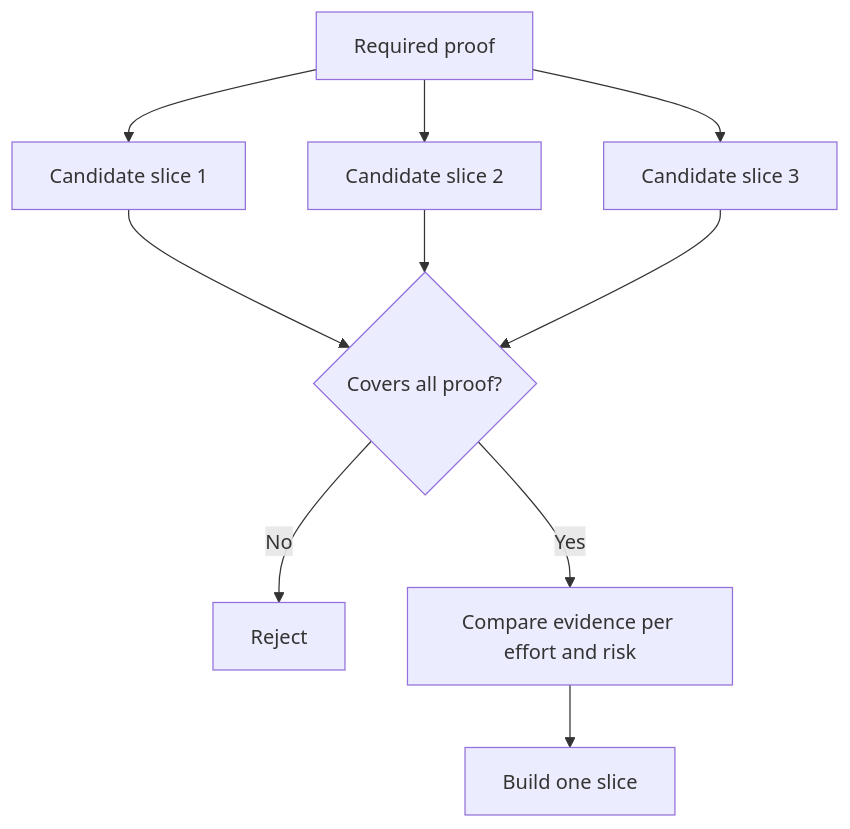
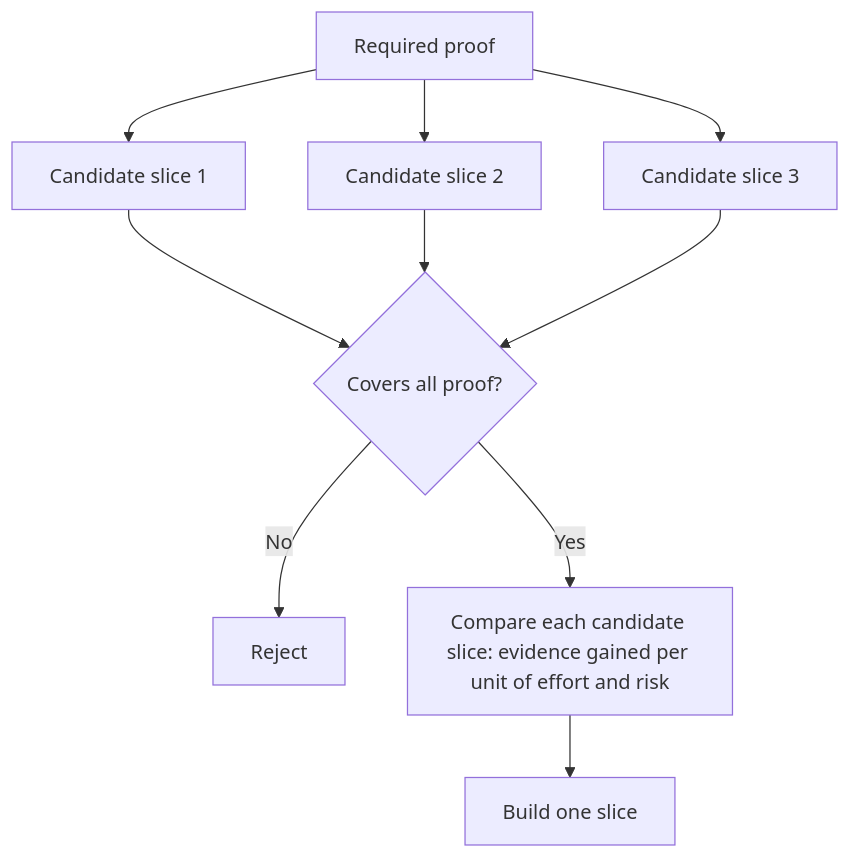
One commit to cluster1900/ai-engineering-from-scratch-zh changed the diagram in phases/14-agent-engineering/50-choose-the-smallest-testable-slice/docs/en.md. Above: the diagram before and after it, drawn with Mermaid. The commit also changed 21 other files, not shown here.

````diff
--- a/phases/14-agent-engineering/50-choose-the-smallest-testable-slice/docs/en.md
+++ b/phases/14-agent-engineering/50-choose-the-smallest-testable-slice/docs/en.md
@@ -43,12 +43,12 @@
 ```mermaid
 flowchart TD
   R[Required proof] --> C1[Candidate slice 1]
   R --> C2[Candidate slice 2]
   R --> C3[Candidate slice 3]
   C1 --> G{Covers all proof?}
   C2 --> G
   C3 --> G
   G -->|No| X[Reject]
-  G -->|Yes| S[Compare evidence per effort and risk]
+  G -->|Yes| S[Compare each candidate slice: evidence gained per unit of effort and risk]
   S --> B[Build one slice]
 ```
````
